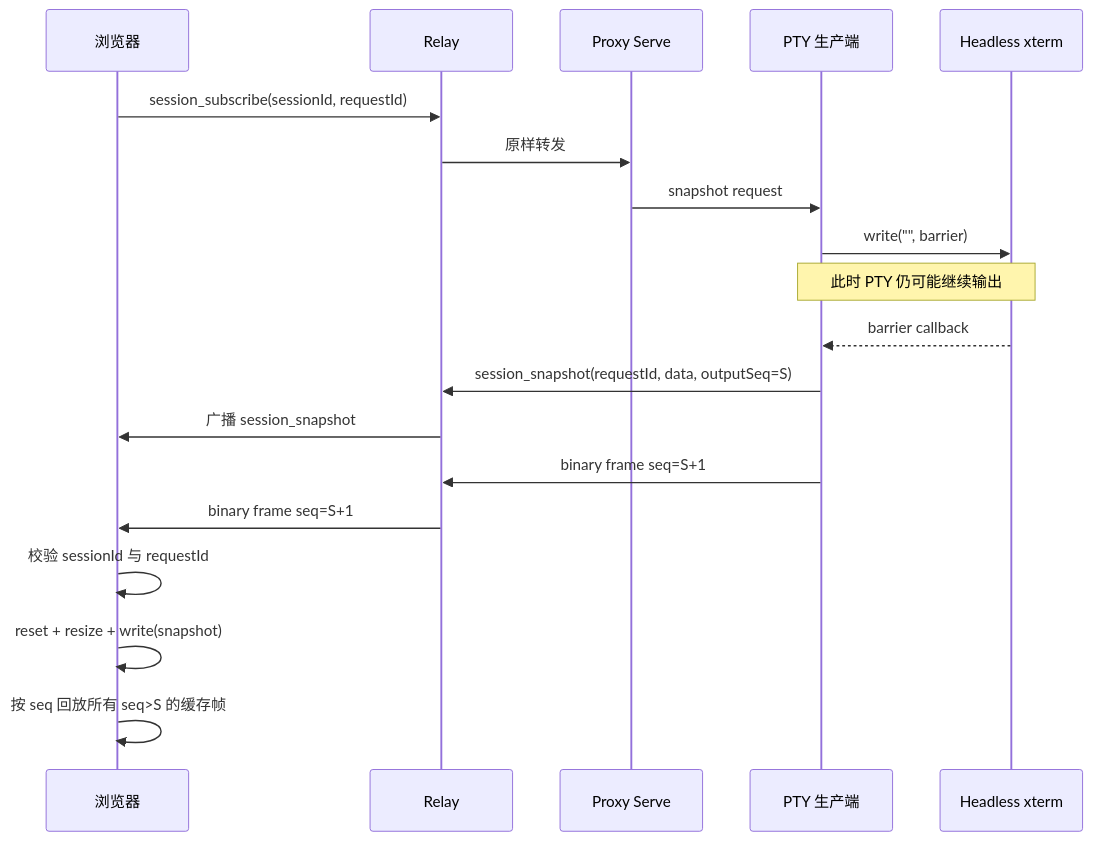
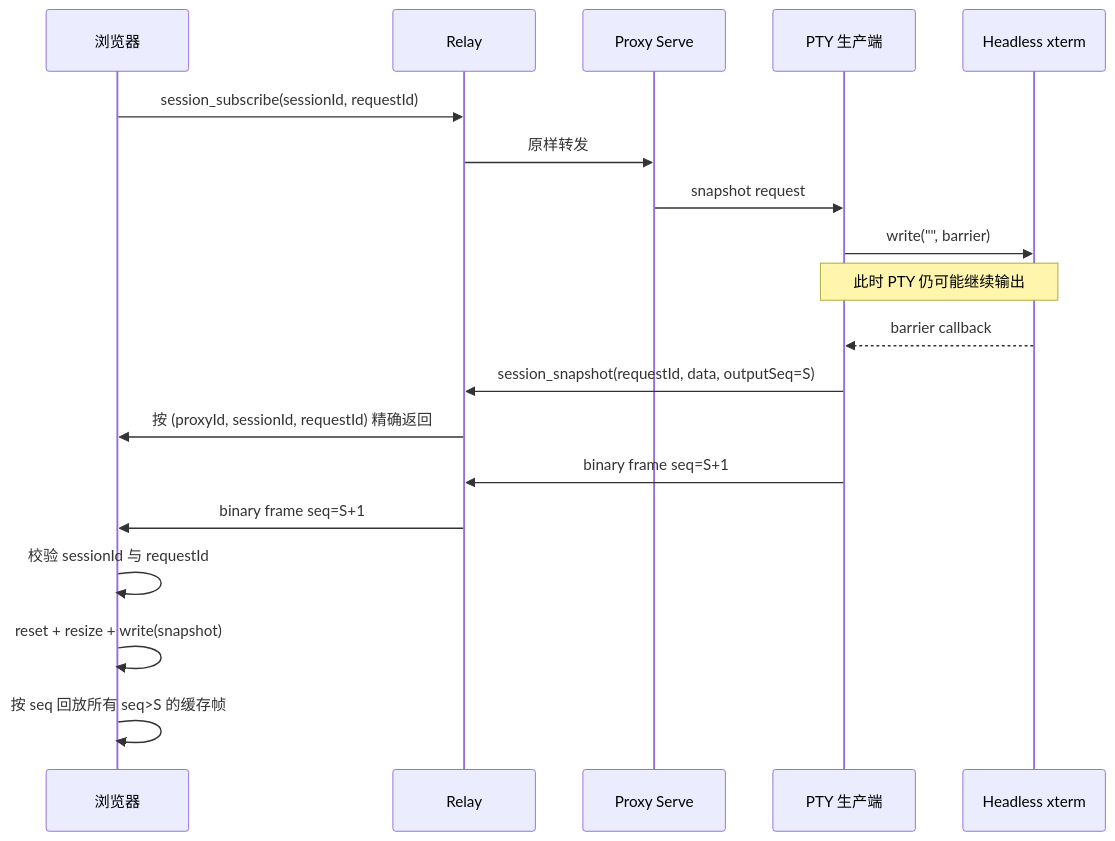
Before and after one commit to lichenxicatapple-blip/dev-anywhere: the third of 5 diagrams in docs/PTY-NETWORK-SYNC.md, drawn with Mermaid. The commit also changed other lines of this file and 35 other files, not shown here.

````diff
--- a/docs/PTY-NETWORK-SYNC.md
+++ b/docs/PTY-NETWORK-SYNC.md
@@ -162,25 +162,25 @@
 ```mermaid
 sequenceDiagram
   participant Web as 浏览器
   participant Relay
   participant Serve as Proxy Serve
   participant Producer as PTY 生产端
   participant Xterm as Headless xterm
 
   Web->>Relay: session_subscribe(sessionId, requestId)
   Relay->>Serve: 原样转发
   Serve->>Producer: snapshot request
 
   Producer->>Xterm: write("", barrier)
   Note over Producer,Xterm: 此时 PTY 仍可能继续输出
   Xterm-->>Producer: barrier callback
   Producer->>Relay: session_snapshot(requestId, data, outputSeq=S)
-  Relay->>Web: 广播 session_snapshot
+  Relay->>Web: 按 (proxyId, sessionId, requestId) 精确返回
 
   Producer->>Relay: binary frame seq=S+1
   Relay->>Web: binary frame seq=S+1
 
   Web->>Web: 校验 sessionId 与 requestId
   Web->>Web: reset + resize + write(snapshot)
   Web->>Web: 按 seq 回放所有 seq>S 的缓存帧
 ```
````
